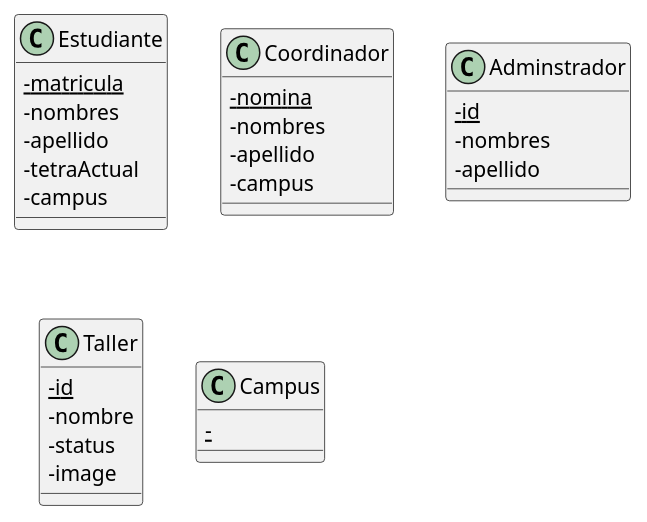
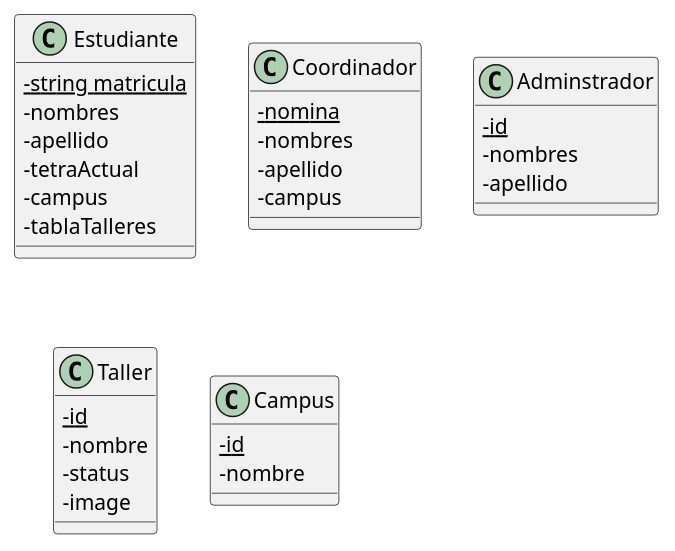
The diagram in Reto/Base de datos.md (facund015/codeRelatedObsidianNotes), drawn with PlantUML before and after one commit.

Commit message:
vault backup: 2021-10-12 12:12:03

````diff
--- a/Reto/Base de datos.md
+++ b/Reto/Base de datos.md
@@ -2,37 +2,39 @@
 ```plantuml
 @startuml
 skinparam classAttributeIconSize 0
 class Estudiante {
-	{static} -matricula
+	{static} - string matricula
 	-nombres
 	-apellido
 	-tetraActual
 	-campus
+	-tablaTalleres
 }
 
 class Coordinador {
 	{static} -nomina
 	-nombres
 	-apellido
 	-campus
 }
 
 class Adminstrador {
 	{static} -id
 	-nombres
 	-apellido
 }
 
 class Taller {
     {static} - id 
     - nombre
     - status
     - image
 }
 
 class Campus {
-	{static} - 
+	{static} -id
+	-nombre
 }
 
 @enduml
 ```
````
